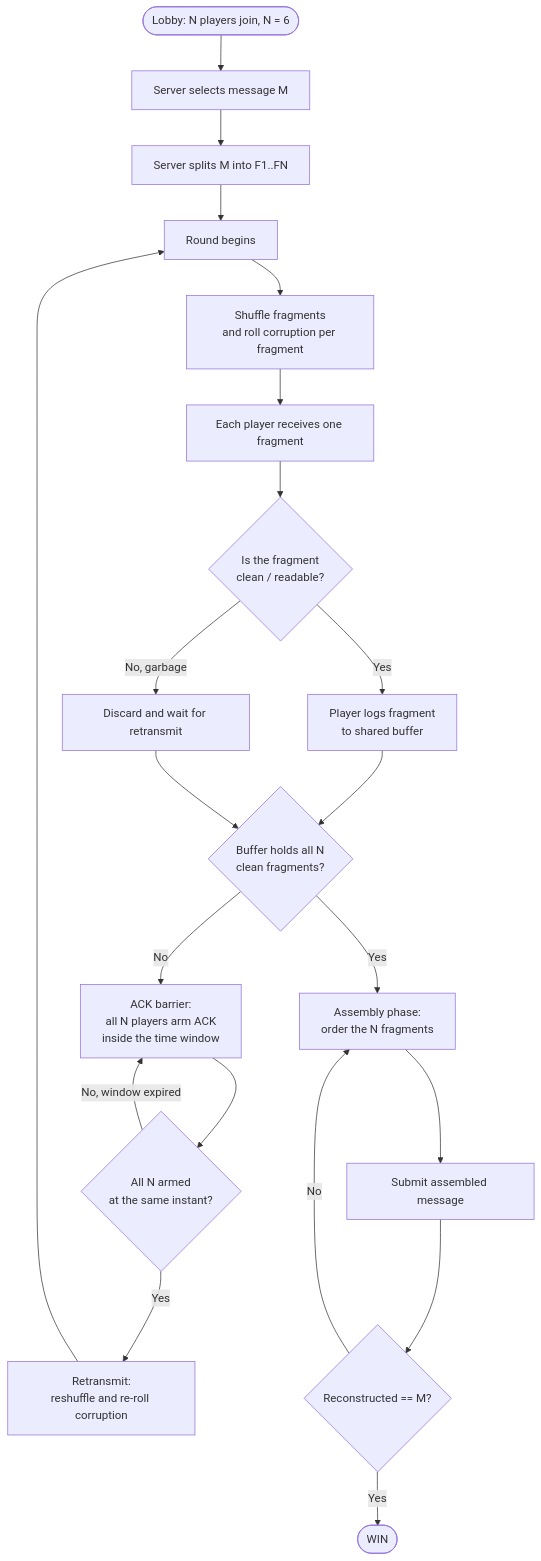
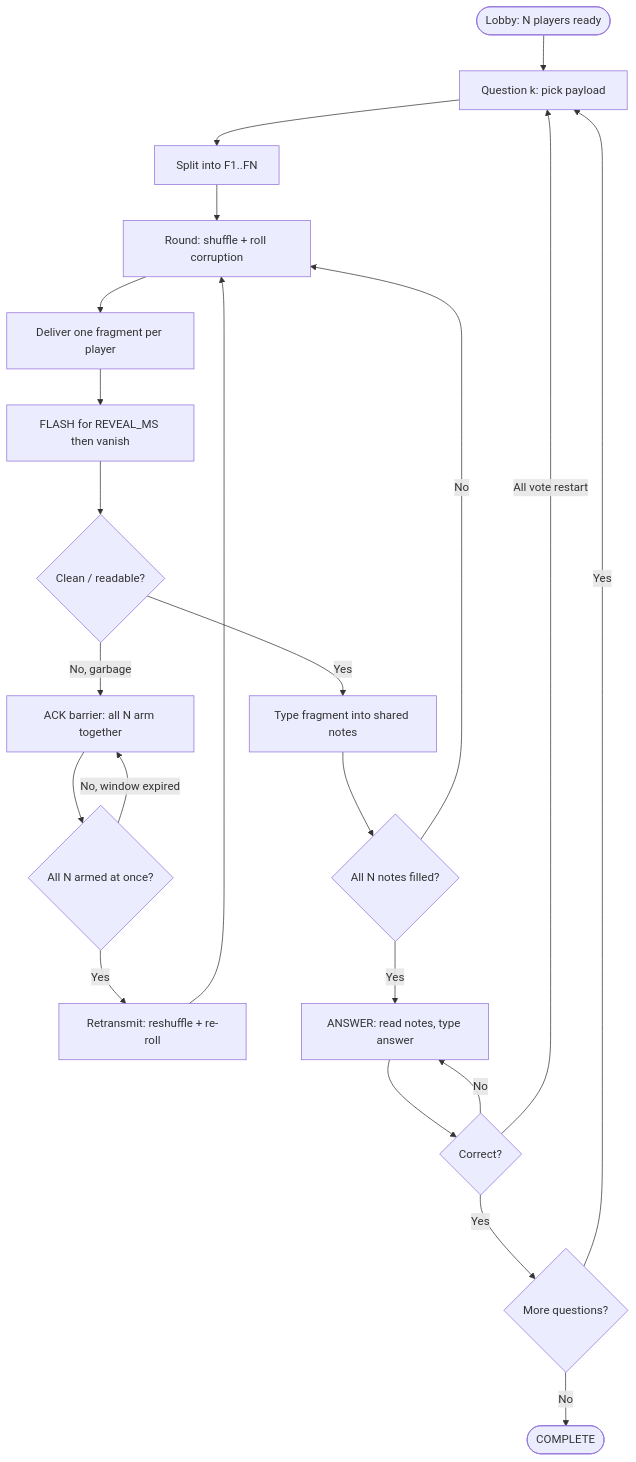
One commit to sitcon-tw/camp2026-packet-drop changed the first of 2 diagrams in README.md. Above: the diagram before and after it, drawn with Mermaid. The commit also changed other lines of this file and 6 other files, not shown here.

First line of the commit message:
feat(game): redesign to 2-question flash-memory format

````diff
--- a/README.md
+++ b/README.md
@@ -187,23 +175,24 @@
 ```mermaid
 flowchart TD
-    A([Lobby: N players join, N = 6]) --> B[Server selects message M]
-    B --> C[Server splits M into F1..FN]
-    C --> D[Round begins]
-    D --> E[Shuffle fragments<br/>and roll corruption per fragment]
-    E --> F[Each player receives one fragment]
-    F --> G{Is the fragment<br/>clean / readable?}
-    G -- Yes --> H[Player logs fragment<br/>to shared buffer]
-    G -- No, garbage --> I[Discard and wait for retransmit]
-    H --> J{Buffer holds all N<br/>clean fragments?}
-    I --> J
-    J -- No --> K[ACK barrier:<br/>all N players arm ACK<br/>inside the time window]
-    K --> L{All N armed<br/>at the same instant?}
-    L -- No, window expired --> K
-    L -- Yes --> M[Retransmit:<br/>reshuffle and re-roll corruption]
-    M --> D
-    J -- Yes --> N[Assembly phase:<br/>order the N fragments]
-    N --> O[Submit assembled message]
-    O --> P{Reconstructed == M?}
-    P -- No --> N
-    P -- Yes --> Q([WIN])
+    A([Lobby: N players ready]) --> B[Question k: pick payload]
+    B --> C[Split into F1..FN]
+    C --> D[Round: shuffle + roll corruption]
+    D --> E[Deliver one fragment per player]
+    E --> F[FLASH for REVEAL_MS then vanish]
+    F --> G{Clean / readable?}
+    G -- Yes --> H[Type fragment into shared notes]
+    G -- No, garbage --> I[ACK barrier: all N arm together]
+    I --> J{All N armed at once?}
+    J -- No, window expired --> I
+    J -- Yes --> K[Retransmit: reshuffle + re-roll]
+    K --> D
+    H --> L{All N notes filled?}
+    L -- No --> D
+    L -- Yes --> M[ANSWER: read notes, type answer]
+    M --> N{Correct?}
+    N -- No --> M
+    N -- All vote restart --> B
+    N -- Yes --> O{More questions?}
+    O -- Yes --> B
+    O -- No --> P([COMPLETE])
 ```
````
